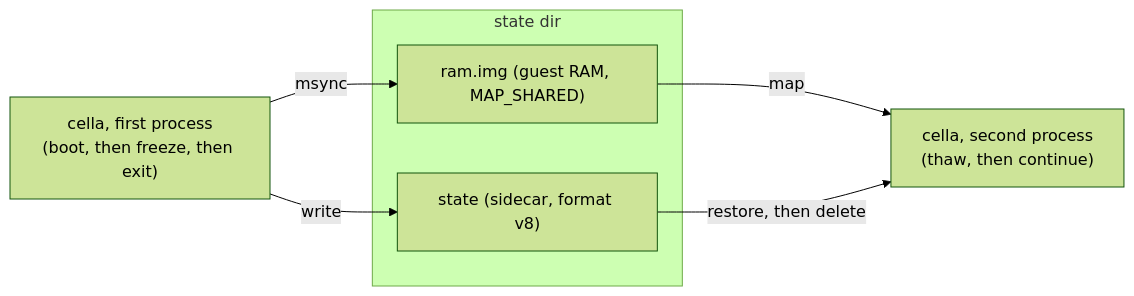
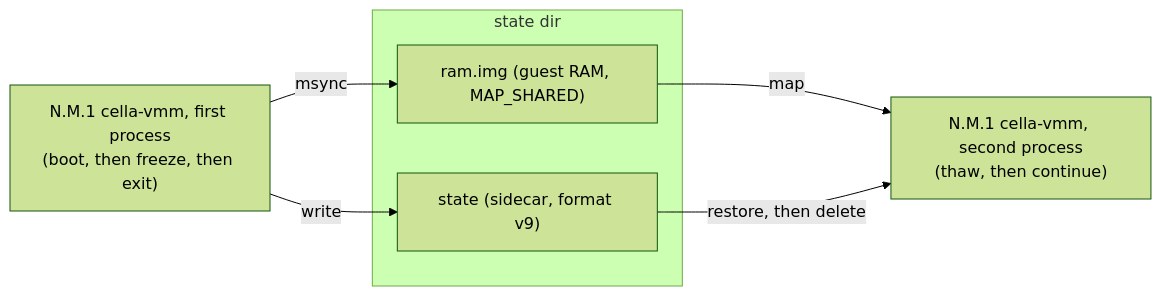
The second of 8 diagrams in docs/FREEZE-THAW.md (omne-earth/cella), drawn with Mermaid (forest theme) before and after one commit. The commit also changed other lines of this file and 8 other files, not shown here.

Commit message:
docs: comprehensive grooming of all markdowns and diagrams

````diff
--- a/docs/FREEZE-THAW.md
+++ b/docs/FREEZE-THAW.md
@@ -84,11 +87,11 @@
 ```mermaid
 flowchart LR
-    C1["cella, first process<br/>(boot, then freeze, then exit)"] -->|"msync"| RAM
+    C1["N.M.1 cella-vmm, first process<br/>(boot, then freeze, then exit)"] -->|"msync"| RAM
     C1 -->|"write"| SC
     subgraph state["state dir"]
         RAM["ram.img (guest RAM, MAP_SHARED)"]
-        SC["state (sidecar, format v8)"]
+        SC["state (sidecar, format v9)"]
     end
-    RAM -->|"map"| C2["cella, second process<br/>(thaw, then continue)"]
+    RAM -->|"map"| C2["N.M.1 cella-vmm, second process<br/>(thaw, then continue)"]
     SC -->|"restore, then delete"| C2
 ```
````
